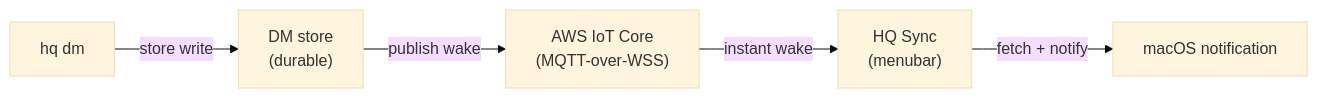
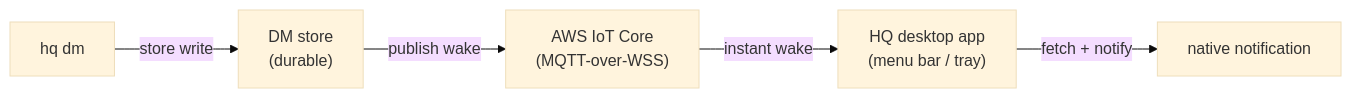
The second of 2 diagrams in src/content/docs/hq/products/hq-sync.mdx (indigoai-us/indigo-docs), drawn with Mermaid (base theme) before and after one commit. The commit also changed other lines of this file and 92 other files, not shown here.

````diff
--- a/src/content/docs/hq/products/hq-sync.mdx
+++ b/src/content/docs/hq/products/hq-sync.mdx
@@ -119,7 +120,7 @@
 ```mermaid
 graph LR
     send["hq dm"] -->|store write| store["DM store<br/>(durable)"]
     store -->|publish wake| iot["AWS IoT Core<br/>(MQTT-over-WSS)"]
-    iot -->|instant wake| tray["HQ Sync<br/>(menubar)"]
-    tray -->|fetch + notify| notif["macOS notification"]
+    iot -->|instant wake| tray["HQ desktop app<br/>(menu bar / tray)"]
+    tray -->|fetch + notify| notif["native notification"]
 ```
````
